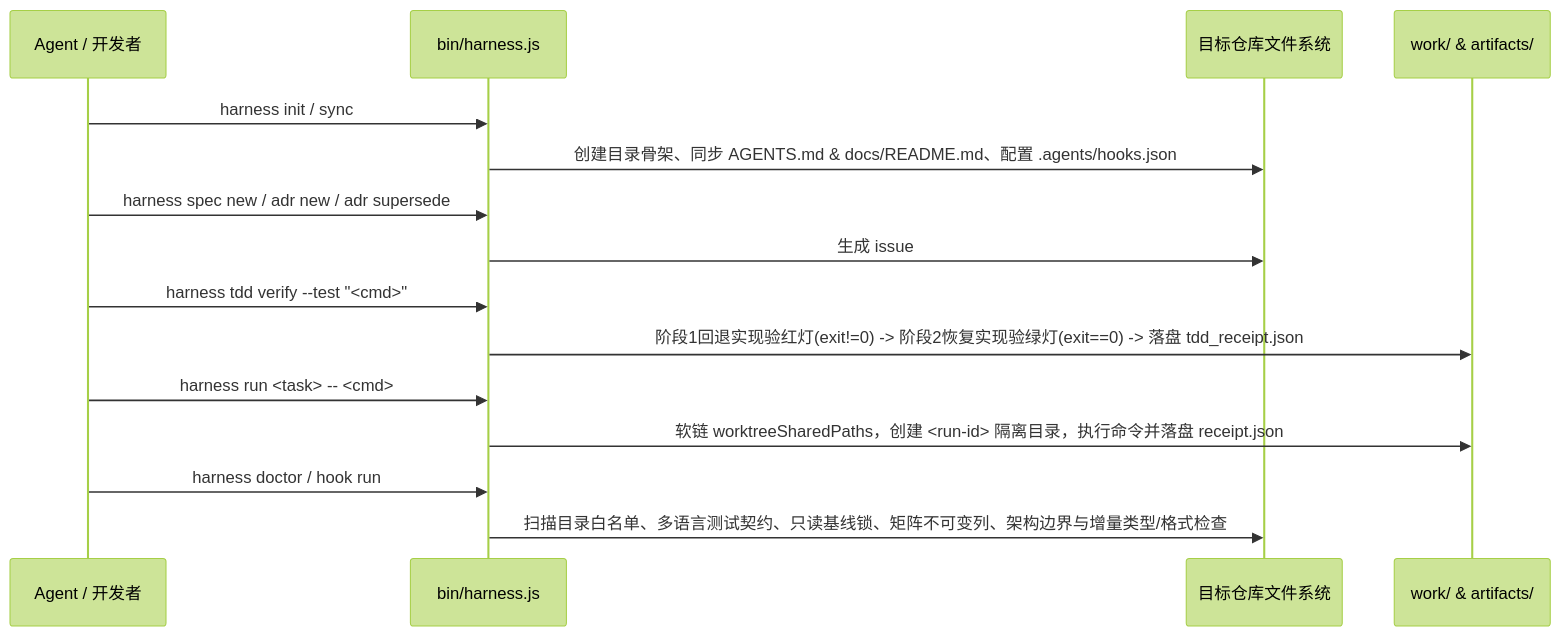
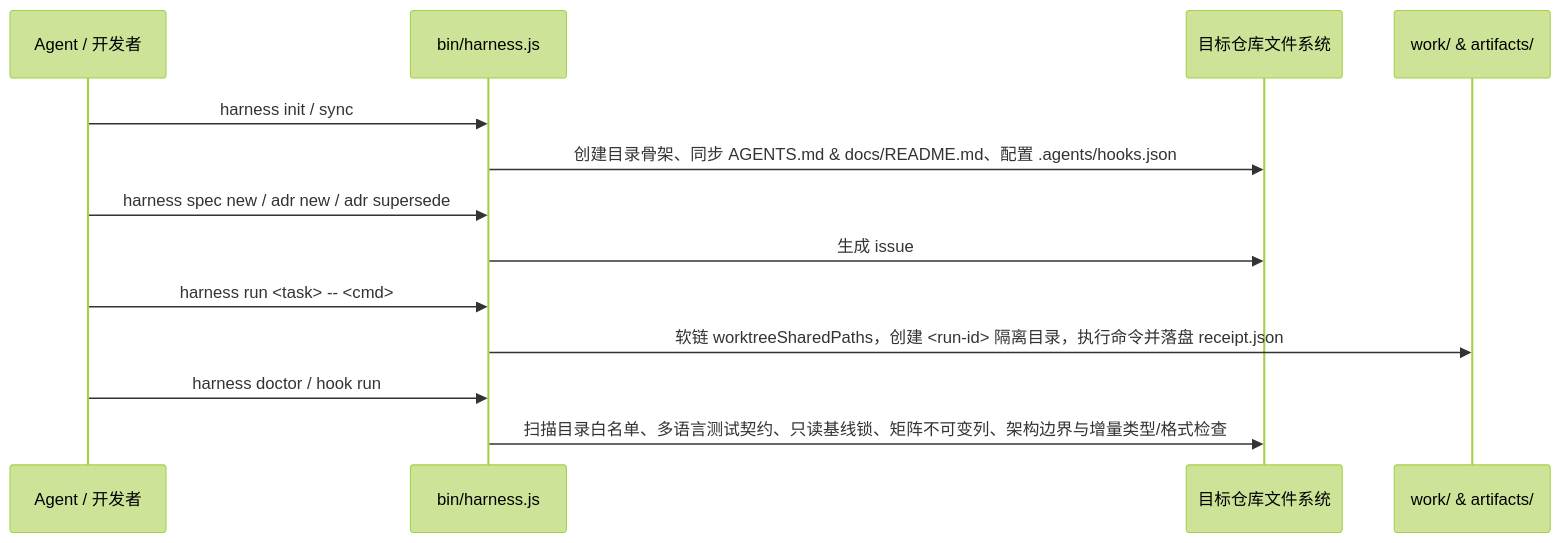
One commit to nanzhi84/yoryon-harness changed the second of 2 diagrams in docs/architecture/overview.md. Above: the diagram before and after it, drawn with Mermaid (forest theme). The commit also changed other lines of this file and 9 other files, not shown here.

Commit message:
refactor: remove harness tdd verify command and consolidate TDD workflow

````diff
--- a/docs/architecture/overview.md
+++ b/docs/architecture/overview.md
@@ -49,18 +44,16 @@
 ```mermaid
 sequenceDiagram
     participant Agent as Agent / 开发者
     participant CLI as bin/harness.js
     participant FS as 目标仓库文件系统
     participant Sandbox as work/ & artifacts/
 
     Agent->>CLI: harness init / sync
     CLI->>FS: 创建目录骨架、同步 AGENTS.md & docs/README.md、配置 .agents/hooks.json
     Agent->>CLI: harness spec new / adr new / adr supersede
     CLI->>FS: 生成 issue#<N>/spec.md 或流转 ADR 至 superseded/
-    Agent->>CLI: harness tdd verify --test "<cmd>"
-    CLI->>Sandbox: 阶段1回退实现验红灯(exit!=0) -> 阶段2恢复实现验绿灯(exit==0) -> 落盘 tdd_receipt.json
     Agent->>CLI: harness run <task> -- <cmd>
     CLI->>Sandbox: 软链 worktreeSharedPaths，创建 <run-id> 隔离目录，执行命令并落盘 receipt.json
     Agent->>CLI: harness doctor / hook run
     CLI->>FS: 扫描目录白名单、多语言测试契约、只读基线锁、矩阵不可变列、架构边界与增量类型/格式检查
 ```
````
